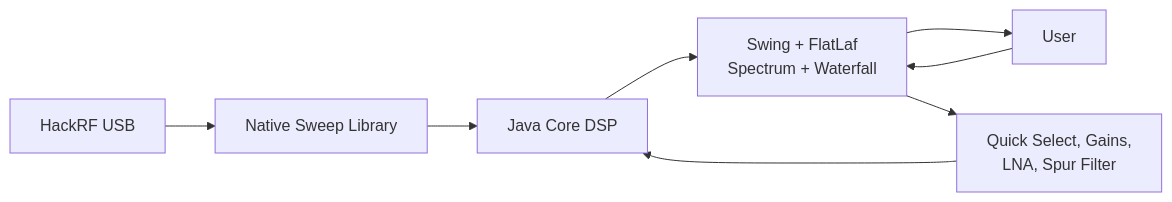
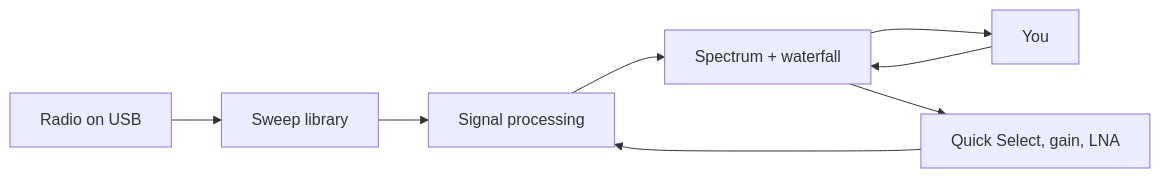
Before and after one commit to chris-piekarski/hackrf-spectrum-analyzer: the diagram in docs/usage.md, drawn with Mermaid. The commit also changed other lines of this file and 79 other files, not shown here.

````diff
--- a/docs/usage.md
+++ b/docs/usage.md
@@ -21,10 +19,10 @@
 ```mermaid
 flowchart LR
-    HW[HackRF USB] --> Native[Native Sweep Library]
-    Native --> Java[Java Core DSP]
-    Java --> UI[Swing + FlatLaf<br/>Spectrum + Waterfall]
-    UI --> User[User]
+    HW[Radio on USB] --> Native[Sweep library]
+    Native --> Java[Signal processing]
+    Java --> UI[Spectrum + waterfall]
+    UI --> User[You]
     User --> UI
-    UI --> Controls[Quick Select, Gains,<br/>LNA, Spur Filter]
+    UI --> Controls[Quick Select, gain, LNA]
     Controls --> Java
 ```
````
